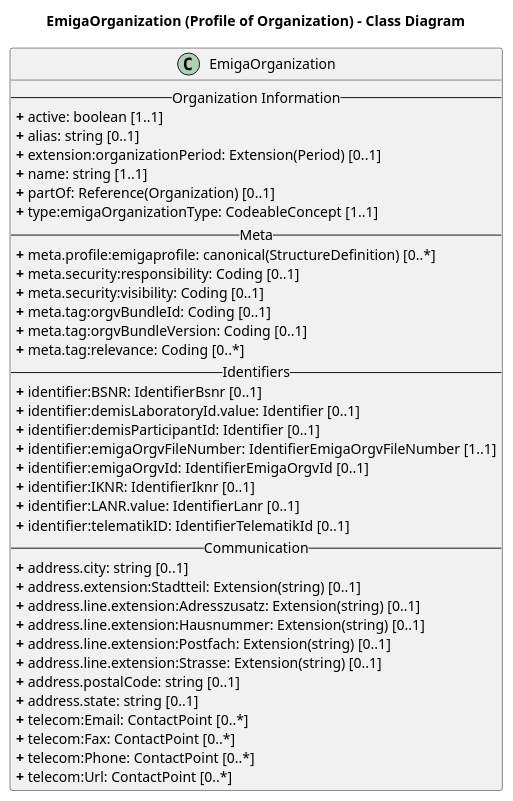
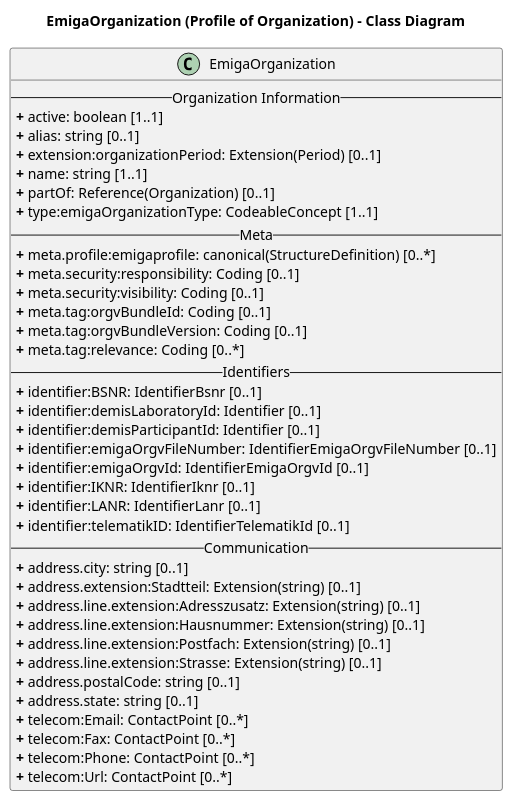
One commit to robert-koch-institut/rki.emiga.vzd changed the diagram in rki.emiga.vzd/PlantUML/Organization.puml. Above: the diagram before and after it, drawn with PlantUML. The commit also changed 2 other files, not shown here.

```diff
--- a/rki.emiga.vzd/PlantUML/Organization.puml
+++ b/rki.emiga.vzd/PlantUML/Organization.puml
@@ -1,46 +1,46 @@
 @startuml
 skinparam linetype ortho
 
 title EmigaOrganization (Profile of Organization) - Class Diagram
 
 ' Main Class
 class EmigaOrganization{
 -- Organization Information --
 <b>+</b> active: boolean [1..1]
 <b>+</b> alias: string [0..1]
 <b>+</b> extension:organizationPeriod: Extension(Period) [0..1]
 <b>+</b> name: string [1..1]
 <b>+</b> partOf: Reference(Organization) [0..1]
 <b>+</b> type:emigaOrganizationType: CodeableConcept [1..1]
 -- Meta --
 <b>+</b> meta.profile:emigaprofile: canonical(StructureDefinition) [0..*]
 <b>+</b> meta.security:responsibility: Coding [0..1]
 <b>+</b> meta.security:visibility: Coding [0..1]
 <b>+</b> meta.tag:orgvBundleId: Coding [0..1]
 <b>+</b> meta.tag:orgvBundleVersion: Coding [0..1]
 <b>+</b> meta.tag:relevance: Coding [0..*]
 -- Identifiers --
 <b>+</b> identifier:BSNR: IdentifierBsnr [0..1] 
-<b>+</b> identifier:demisLaboratoryId.value: Identifier [0..1]
+<b>+</b> identifier:demisLaboratoryId: Identifier [0..1]
 <b>+</b> identifier:demisParticipantId: Identifier [0..1]
-<b>+</b> identifier:emigaOrgvFileNumber: IdentifierEmigaOrgvFileNumber [1..1]
+<b>+</b> identifier:emigaOrgvFileNumber: IdentifierEmigaOrgvFileNumber [0..1]
 <b>+</b> identifier:emigaOrgvId: IdentifierEmigaOrgvId [0..1]
 <b>+</b> identifier:IKNR: IdentifierIknr [0..1]
-<b>+</b> identifier:LANR.value: IdentifierLanr [0..1]
+<b>+</b> identifier:LANR: IdentifierLanr [0..1]
 <b>+</b> identifier:telematikID: IdentifierTelematikId [0..1]
 -- Communication --
 <b>+</b> address.city: string [0..1]
 <b>+</b> address.extension:Stadtteil: Extension(string) [0..1]
 <b>+</b> address.line.extension:Adresszusatz: Extension(string) [0..1]
 <b>+</b> address.line.extension:Hausnummer: Extension(string) [0..1]
 <b>+</b> address.line.extension:Postfach: Extension(string) [0..1]
 <b>+</b> address.line.extension:Strasse: Extension(string) [0..1]
 <b>+</b> address.postalCode: string [0..1]
 <b>+</b> address.state: string [0..1]
 <b>+</b> telecom:Email: ContactPoint [0..*]
 <b>+</b> telecom:Fax: ContactPoint [0..*]
 <b>+</b> telecom:Phone: ContactPoint [0..*]
 <b>+</b> telecom:Url: ContactPoint [0..*]
 }
 
 @enduml
```
